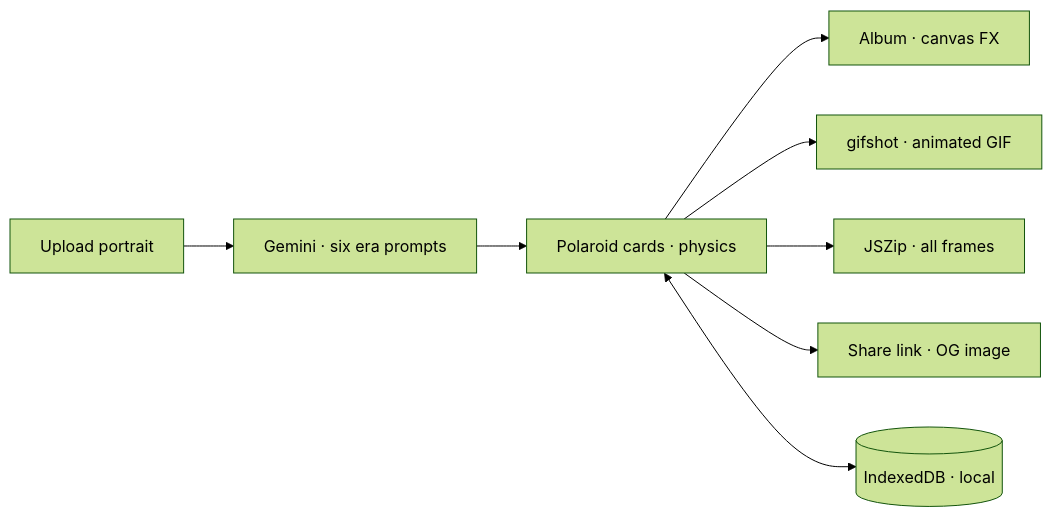
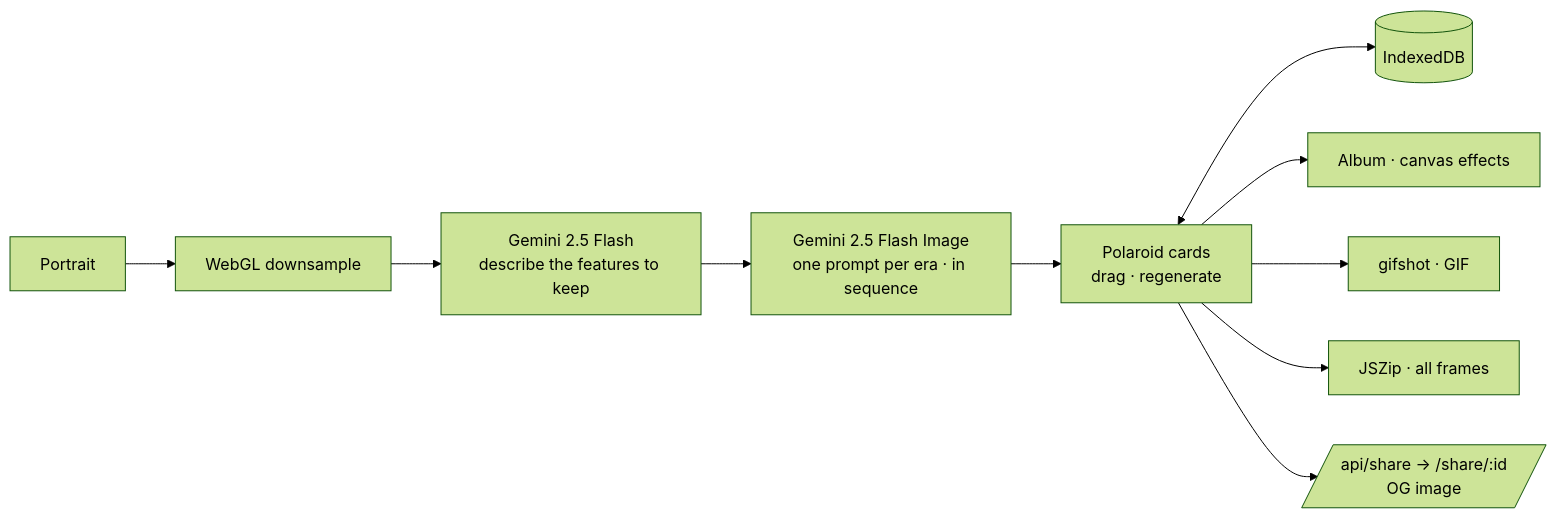
One commit to kutluhangil/TimeShift changed the diagram in README.md. Above: the diagram before and after it, drawn with Mermaid (forest theme). The commit also changed other lines of this file and 3 other files, not shown here.

````diff
--- a/README.md
+++ b/README.md
@@ -31,10 +47,12 @@
 ```mermaid
 flowchart LR
-  U[Upload portrait] --> G[Gemini · six era prompts]
-  G --> P[Polaroid cards · physics]
-  P --> A[Album · canvas FX]
-  P --> GIF[gifshot · animated GIF]
+  U[Portrait] --> DS[WebGL downsample]
+  DS --> AN[Gemini 2.5 Flash<br/>describe the features to keep]
+  AN --> GEN[Gemini 2.5 Flash Image<br/>one prompt per era · in sequence]
+  GEN --> P[Polaroid cards<br/>drag · regenerate]
+  P <--> IDB[(IndexedDB)]
+  P --> AL[Album · canvas effects]
+  P --> GIF[gifshot · GIF]
   P --> Z[JSZip · all frames]
-  P --> S[Share link · OG image]
-  P <--> IDB[(IndexedDB · local)]
+  P --> SH[/api/share → /share/:id<br/>OG image/]
 ```
````
